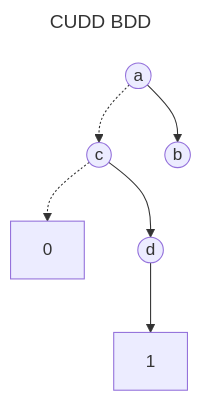
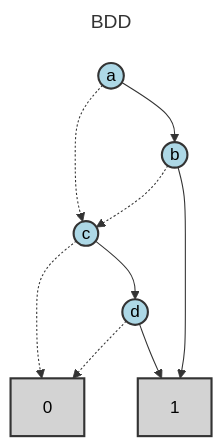
Before and after one commit to Alan-Jowett/bdd_test: the second of 2 diagrams in test_expressions/cudd_reference_outputs/simple_expression_analysis.md, drawn with Mermaid. The commit also changed 13 other files, not shown here.

````diff
--- a/test_expressions/cudd_reference_outputs/simple_expression_analysis.md
+++ b/test_expressions/cudd_reference_outputs/simple_expression_analysis.md
@@ -52,25 +52,31 @@
 ```mermaid
 ---
-title: CUDD BDD
+title: BDD
 ---
 flowchart TD
-    N0(("a"))
-    N1(("c"))
-    N2["0"]
-    N3(("d"))
-    N4["1"]
-    N5(("b"))
+    N0["0"]
+    N1["1"]
+    N2(("d"))
+    N3(("c"))
+    N4(("b"))
+    N5(("a"))
 
-    N0 -.-> N1
-    N1 -.-> N2
-    N1 --> N3
-    N3 --> N4
-    N0 --> N5
+    N2 -.-> N0
+    N2 --> N1
+    N3 -.-> N0
+    N3 --> N2
+    N4 -.-> N3
+    N4 --> N1
+    N5 -.-> N3
+    N5 --> N4
 
-    class N0 default
-    class N1 default
-    class N2 default
-    class N3 default
-    class N4 default
-    class N5 default
+    class N0 terminal
+    class N1 terminal
+    class N2 bddVariable
+    class N3 bddVariable
+    class N4 bddVariable
+    class N5 bddVariable
+
+    classDef bddVariable fill:lightblue,stroke:#333,stroke-width:2px,color:#000
+    classDef terminal fill:lightgray,stroke:#333,stroke-width:2px,color:#000
 ```
````
